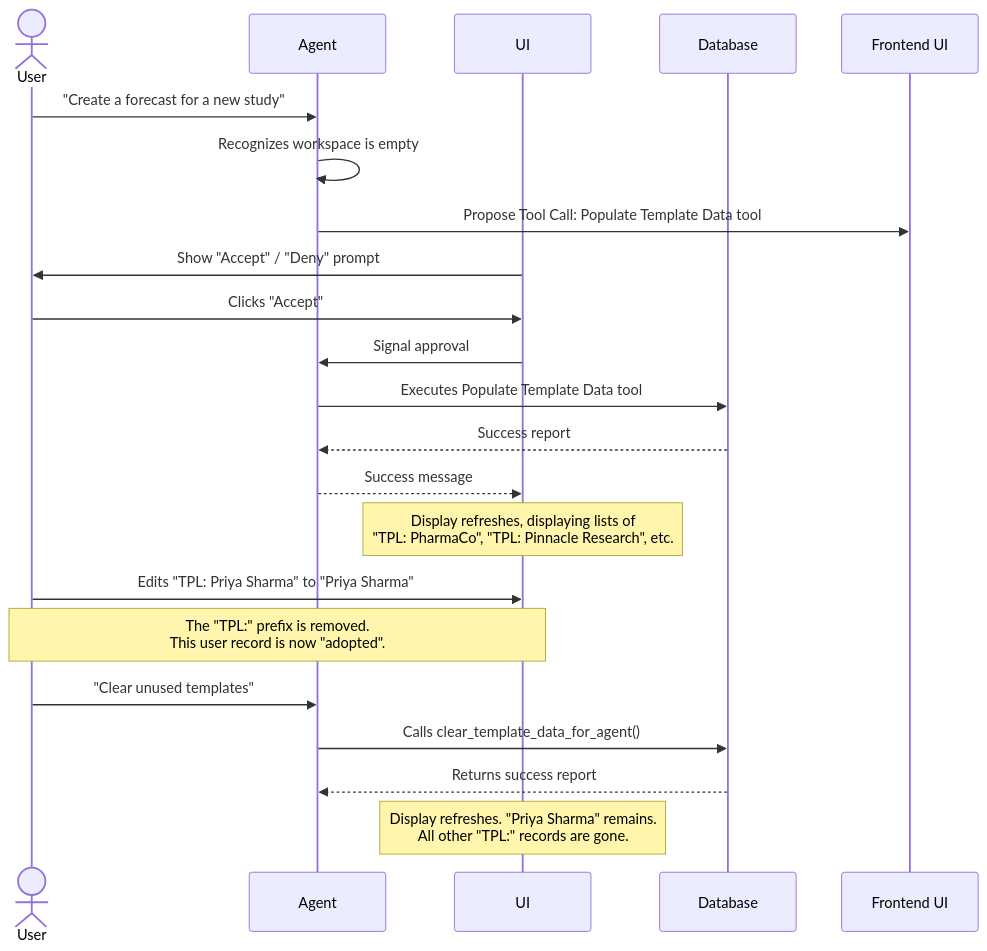
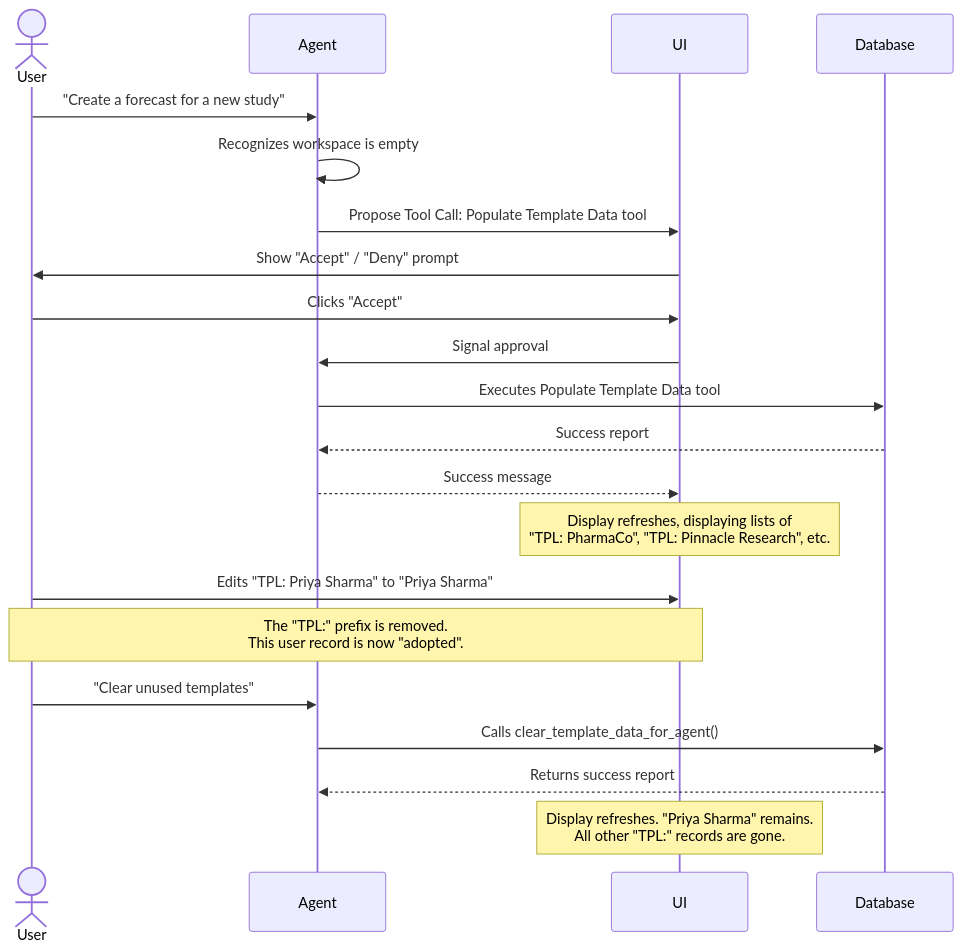
The first of 3 diagrams in README.md (ctfbio/ctfbio-ai), drawn with Mermaid before and after one commit.

````diff
--- a/README.md
+++ b/README.md
@@ -59,27 +59,27 @@
 ```mermaid
 sequenceDiagram
     actor User
     participant Agent
     participant UI
     participant Database
 
     User->>Agent: "Create a forecast for a new study"
     Agent->>Agent: Recognizes workspace is empty
-    Agent->>Frontend UI: Propose Tool Call: Populate Template Data tool
+    Agent->>UI: Propose Tool Call: Populate Template Data tool
     UI->>User: Show "Accept" / "Deny" prompt
 
     User->>UI: Clicks "Accept"
     UI->>Agent: Signal approval
     Agent->>Database: Executes Populate Template Data tool
     Database-->>Agent: Success report
     Agent-->>UI: Success message
     Note over UI: Display refreshes, displaying lists of<br/>"TPL: PharmaCo", "TPL: Pinnacle Research", etc.
 
     User->>UI: Edits "TPL: Priya Sharma" to "Priya Sharma"
     Note over User, UI: The "TPL:" prefix is removed.<br/>This user record is now "adopted".
 
     User->>Agent: "Clear unused templates"
     Agent->>Database: Calls clear_template_data_for_agent()
     Database-->>Agent: Returns success report
     Note over UI: Display refreshes. "Priya Sharma" remains.<br/>All other "TPL:" records are gone.
 ```
````
